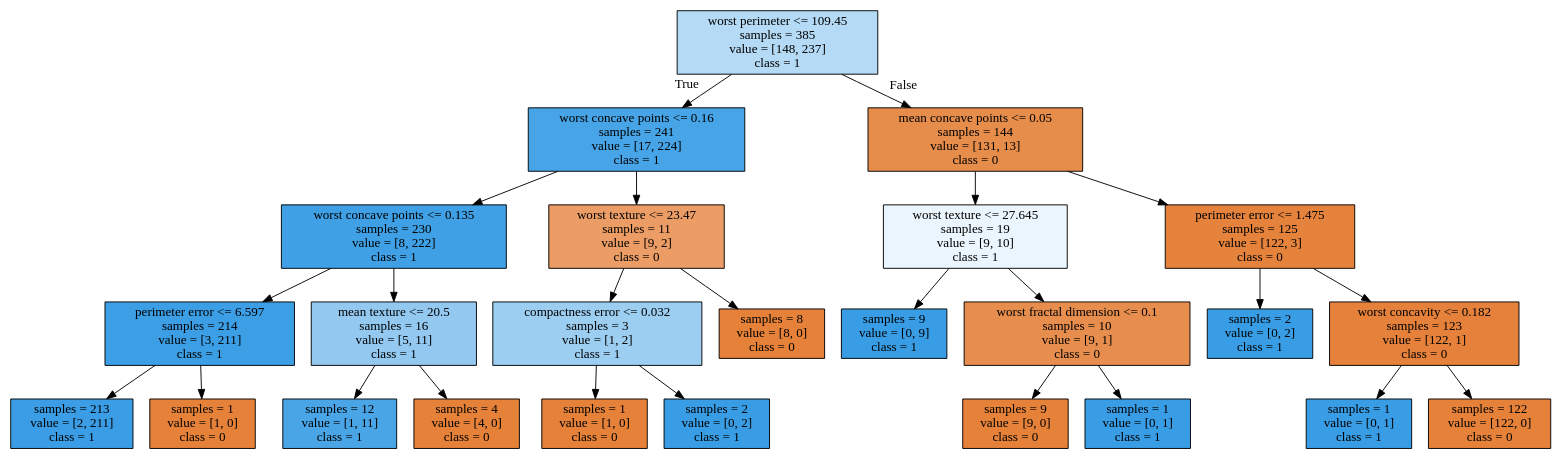
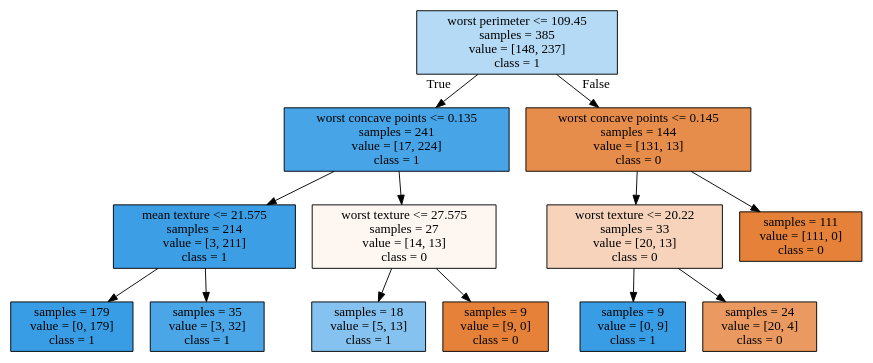
The diagram in Downloads/homework/tree.dot (taekminKim/postech), drawn with Graphviz before and after one commit. The commit also changed 51 other files, not shown here.

```diff
--- a/Downloads/homework/tree.dot
+++ b/Downloads/homework/tree.dot
@@ -1,52 +1,28 @@
 digraph Tree {
 node [shape=box, style="filled", color="black"] ;
 0 [label="worst perimeter <= 109.45\nsamples = 385\nvalue = [148, 237]\nclass = 1", fillcolor="#399de560"] ;
-1 [label="worst concave points <= 0.16\nsamples = 241\nvalue = [17, 224]\nclass = 1", fillcolor="#399de5ec"] ;
+1 [label="worst concave points <= 0.135\nsamples = 241\nvalue = [17, 224]\nclass = 1", fillcolor="#399de5ec"] ;
 0 -> 1 [labeldistance=2.5, labelangle=45, headlabel="True"] ;
-2 [label="worst concave points <= 0.135\nsamples = 230\nvalue = [8, 222]\nclass = 1", fillcolor="#399de5f6"] ;
+2 [label="mean texture <= 21.575\nsamples = 214\nvalue = [3, 211]\nclass = 1", fillcolor="#399de5fb"] ;
 1 -> 2 ;
-3 [label="perimeter error <= 6.597\nsamples = 214\nvalue = [3, 211]\nclass = 1", fillcolor="#399de5fb"] ;
+3 [label="samples = 179\nvalue = [0, 179]\nclass = 1", fillcolor="#399de5ff"] ;
 2 -> 3 ;
-4 [label="samples = 213\nvalue = [2, 211]\nclass = 1", fillcolor="#399de5fd"] ;
-3 -> 4 ;
-5 [label="samples = 1\nvalue = [1, 0]\nclass = 0", fillcolor="#e58139ff"] ;
-3 -> 5 ;
-6 [label="mean texture <= 20.5\nsamples = 16\nvalue = [5, 11]\nclass = 1", fillcolor="#399de58b"] ;
-2 -> 6 ;
-7 [label="samples = 12\nvalue = [1, 11]\nclass = 1", fillcolor="#399de5e8"] ;
-6 -> 7 ;
-8 [label="samples = 4\nvalue = [4, 0]\nclass = 0", fillcolor="#e58139ff"] ;
-6 -> 8 ;
-9 [label="worst texture <= 23.47\nsamples = 11\nvalue = [9, 2]\nclass = 0", fillcolor="#e58139c6"] ;
-1 -> 9 ;
-10 [label="compactness error <= 0.032\nsamples = 3\nvalue = [1, 2]\nclass = 1", fillcolor="#399de57f"] ;
+4 [label="samples = 35\nvalue = [3, 32]\nclass = 1", fillcolor="#399de5e7"] ;
+2 -> 4 ;
+5 [label="worst texture <= 27.575\nsamples = 27\nvalue = [14, 13]\nclass = 0", fillcolor="#e5813912"] ;
+1 -> 5 ;
+6 [label="samples = 18\nvalue = [5, 13]\nclass = 1", fillcolor="#399de59d"] ;
+5 -> 6 ;
+7 [label="samples = 9\nvalue = [9, 0]\nclass = 0", fillcolor="#e58139ff"] ;
+5 -> 7 ;
+8 [label="worst concave points <= 0.145\nsamples = 144\nvalue = [131, 13]\nclass = 0", fillcolor="#e58139e6"] ;
+0 -> 8 [labeldistance=2.5, labelangle=-45, headlabel="False"] ;
+9 [label="worst texture <= 20.22\nsamples = 33\nvalue = [20, 13]\nclass = 0", fillcolor="#e5813959"] ;
+8 -> 9 ;
+10 [label="samples = 9\nvalue = [0, 9]\nclass = 1", fillcolor="#399de5ff"] ;
 9 -> 10 ;
-11 [label="samples = 1\nvalue = [1, 0]\nclass = 0", fillcolor="#e58139ff"] ;
-10 -> 11 ;
-12 [label="samples = 2\nvalue = [0, 2]\nclass = 1", fillcolor="#399de5ff"] ;
-10 -> 12 ;
-13 [label="samples = 8\nvalue = [8, 0]\nclass = 0", fillcolor="#e58139ff"] ;
-9 -> 13 ;
-14 [label="mean concave points <= 0.05\nsamples = 144\nvalue = [131, 13]\nclass = 0", fillcolor="#e58139e6"] ;
-0 -> 14 [labeldistance=2.5, labelangle=-45, headlabel="False"] ;
-15 [label="worst texture <= 27.645\nsamples = 19\nvalue = [9, 10]\nclass = 1", fillcolor="#399de519"] ;
-14 -> 15 ;
-16 [label="samples = 9\nvalue = [0, 9]\nclass = 1", fillcolor="#399de5ff"] ;
-15 -> 16 ;
-17 [label="worst fractal dimension <= 0.1\nsamples = 10\nvalue = [9, 1]\nclass = 0", fillcolor="#e58139e3"] ;
-15 -> 17 ;
-18 [label="samples = 9\nvalue = [9, 0]\nclass = 0", fillcolor="#e58139ff"] ;
-17 -> 18 ;
-19 [label="samples = 1\nvalue = [0, 1]\nclass = 1", fillcolor="#399de5ff"] ;
-17 -> 19 ;
-20 [label="perimeter error <= 1.475\nsamples = 125\nvalue = [122, 3]\nclass = 0", fillcolor="#e58139f9"] ;
-14 -> 20 ;
-21 [label="samples = 2\nvalue = [0, 2]\nclass = 1", fillcolor="#399de5ff"] ;
-20 -> 21 ;
-22 [label="worst concavity <= 0.182\nsamples = 123\nvalue = [122, 1]\nclass = 0", fillcolor="#e58139fd"] ;
-20 -> 22 ;
-23 [label="samples = 1\nvalue = [0, 1]\nclass = 1", fillcolor="#399de5ff"] ;
-22 -> 23 ;
-24 [label="samples = 122\nvalue = [122, 0]\nclass = 0", fillcolor="#e58139ff"] ;
-22 -> 24 ;
+11 [label="samples = 24\nvalue = [20, 4]\nclass = 0", fillcolor="#e58139cc"] ;
+9 -> 11 ;
+12 [label="samples = 111\nvalue = [111, 0]\nclass = 0", fillcolor="#e58139ff"] ;
+8 -> 12 ;
 }
```
